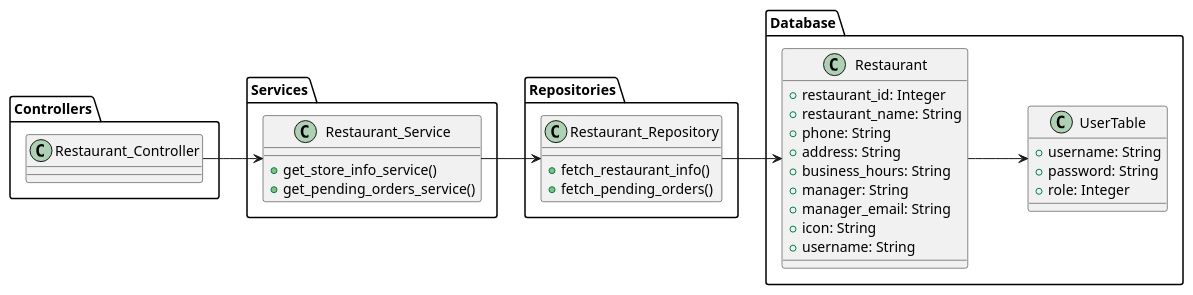
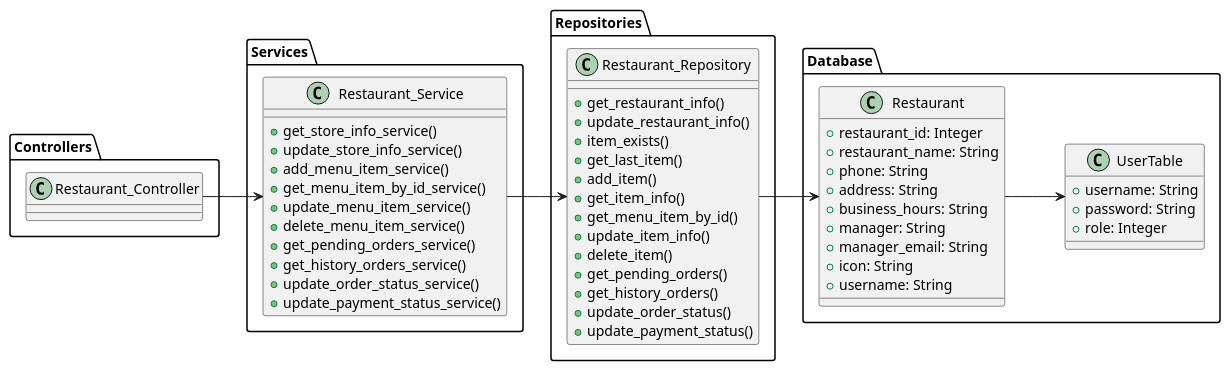
Before and after one commit to kevin0629/NCU_Campus_Eats_Demo: the diagram in diagram/restaurant_class_diagram.puml, drawn with PlantUML. The commit also changed 17 other files, not shown here.

```diff
--- a/diagram/restaurant_class_diagram.puml
+++ b/diagram/restaurant_class_diagram.puml
@@ -2,46 +2,65 @@
 @startuml Restaurant_Module
 left to right direction
 
 package "Controllers" {
     class Restaurant_Controller
 }
 
 package "Services" {
     class Restaurant_Service {
         +get_store_info_service()
+        +update_store_info_service()
+        +add_menu_item_service()
+        +get_menu_item_by_id_service()
+        +update_menu_item_service()
+        +delete_menu_item_service()
         +get_pending_orders_service()
+        +get_history_orders_service()
+        +update_order_status_service()
+        +update_payment_status_service()
     }
 }
 
 package "Repositories" {
     class Restaurant_Repository {
-        +fetch_restaurant_info()
-        +fetch_pending_orders()
+        +get_restaurant_info()
+        +update_restaurant_info()
+        +item_exists()
+        +get_last_item()
+        +add_item()
+        +get_item_info()
+        +get_menu_item_by_id()
+        +update_item_info()
+        +delete_item()
+        +get_pending_orders()
+        +get_history_orders()
+        +update_order_status()
+        +update_payment_status()
     }
 }
 
 package "Database" {
     class Restaurant {
         +restaurant_id: Integer
         +restaurant_name: String
         +phone: String
         +address: String
         +business_hours: String
         +manager: String
         +manager_email: String
         +icon: String
         +username: String
     }
     class UserTable {
         +username: String
         +password: String
         +role: Integer
     }
 }
 
 Restaurant_Controller --> Restaurant_Service
 Restaurant_Service --> Restaurant_Repository
 Restaurant_Repository --> Restaurant
 Restaurant --> UserTable
 
 @enduml
```
